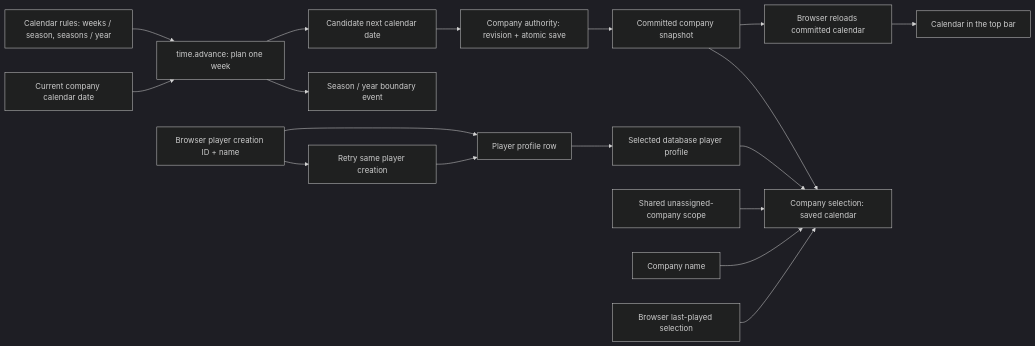
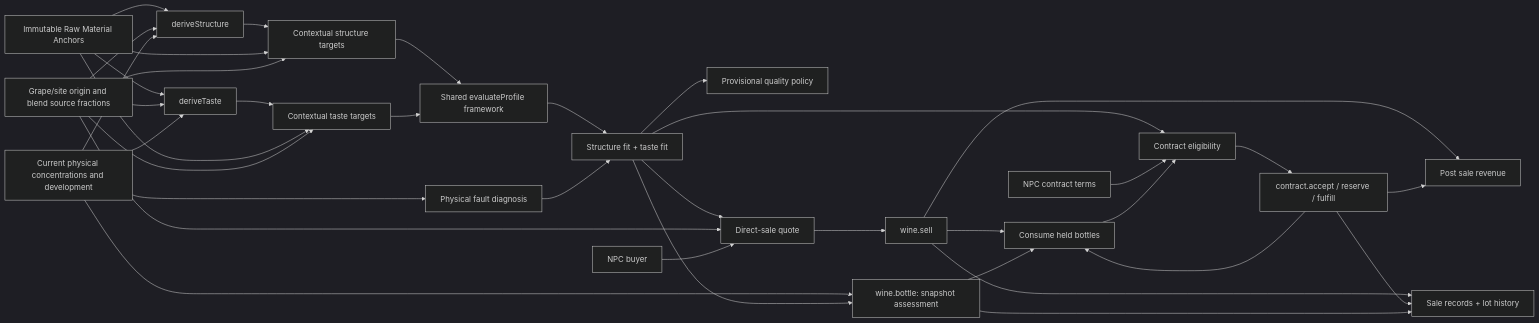
One commit to gram12321/winemaker05 changed the second of 2 diagrams in docs/WorkingDocs/VariableRelationshipMap.md. Above: the diagram before and after it, drawn with Mermaid (dark theme). The commit also changed other lines of this file and 122 other files, not shown here.

````diff
--- a/docs/WorkingDocs/VariableRelationshipMap.md
+++ b/docs/WorkingDocs/VariableRelationshipMap.md
@@ -18,20 +52,42 @@
 ```mermaid
 flowchart LR
-  RULES["Calendar rules: weeks / season, seasons / year"] --> ADVANCE["time.advance: plan one week"]
-  DATE["Current company calendar date"] --> ADVANCE
-  ADVANCE --> NEXT["Candidate next calendar date"]
-  ADVANCE --> BOUNDARY["Season / year boundary event"]
-  NEXT --> COMMIT["Company authority: revision + atomic save"]
-  COMMIT --> SNAPSHOT["Committed company snapshot"]
-  SNAPSHOT --> CLIENT["Browser reloads committed calendar"]
-  CLIENT --> VIEW["Calendar in the top bar"]
-  SNAPSHOT --> LIST["Company selection: saved calendar"]
-  OWNER["Selected database player profile"] --> LIST
-  REQUEST["Browser player creation ID + name"] --> PROFILE["Player profile row"]
-  PROFILE --> OWNER
-  REQUEST --> RETRY["Retry same player creation"]
-  RETRY --> PROFILE
-  UNASSIGNED["Shared unassigned-company scope"] --> LIST
-  NAME["Company name"] --> LIST
-  LOCAL["Browser last-played selection"] --> LIST
+  ANCHORS["Immutable Raw Material Anchors"] --> STRUCT["deriveStructure"]
+  ANCHORS --> TASTE["deriveTaste"]
+  ORIGIN["Grape/site origin and blend source fractions"] --> STRUCT
+  ORIGIN --> TASTE
+  PHYSICAL["Current physical concentrations and development"] --> STRUCT
+  PHYSICAL --> TASTE
+  PHYSICAL --> FAULTS["Physical fault diagnosis"]
+
+  STRUCT --> STARGET["Contextual structure targets"]
+  TASTE --> TTARGET["Contextual taste targets"]
+  ANCHORS --> STARGET
+  ANCHORS --> TTARGET
+  ORIGIN --> STARGET
+  ORIGIN --> TTARGET
+  STARGET --> SCORE["Shared evaluateProfile framework"]
+  TTARGET --> SCORE
+  SCORE --> ASSESS["Structure fit + taste fit"]
+  FAULTS --> ASSESS
+  ASSESS --> QUALITY["Provisional quality policy"]
+
+  ASSESS --> QUOTE["Direct-sale quote"]
+  ORIGIN --> QUOTE
+  CUSTOMER["NPC buyer"] --> QUOTE
+  QUOTE --> SELL["wine.sell"]
+  SELL --> INV["Consume held bottles"]
+  SELL --> FIN["Post sale revenue"]
+  SELL --> HISTORY["Sale records + lot history"]
+  ASSESS --> ELIGIBLE["Contract eligibility"]
+  CONTRACT["NPC contract terms"] --> ELIGIBLE
+  INV --> ELIGIBLE
+  ELIGIBLE --> CONTRACTCMD["contract.accept / reserve / fulfill"]
+  CONTRACTCMD --> INV
+  CONTRACTCMD --> FIN
+  CONTRACTCMD --> HISTORY
+
+  PHYSICAL --> BOTTLE["wine.bottle: snapshot assessment"]
+  ASSESS --> BOTTLE
+  BOTTLE --> INV
+  BOTTLE --> HISTORY
 ```
````
